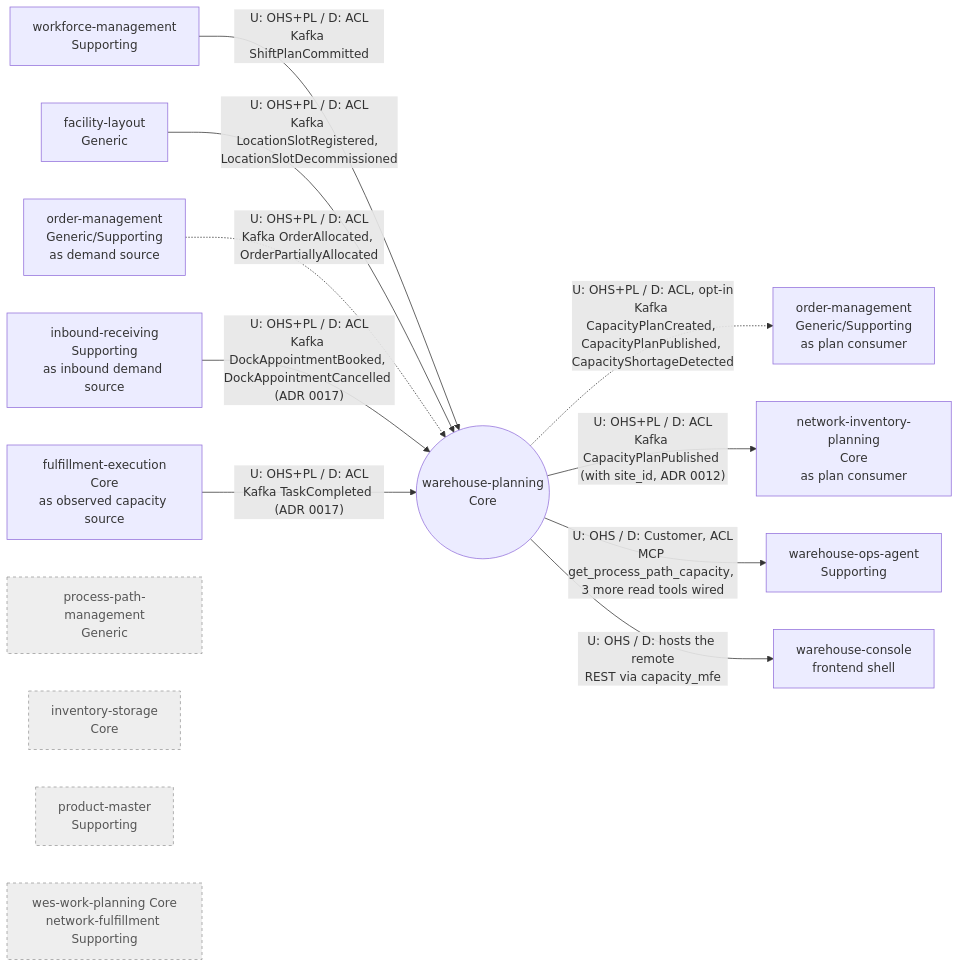
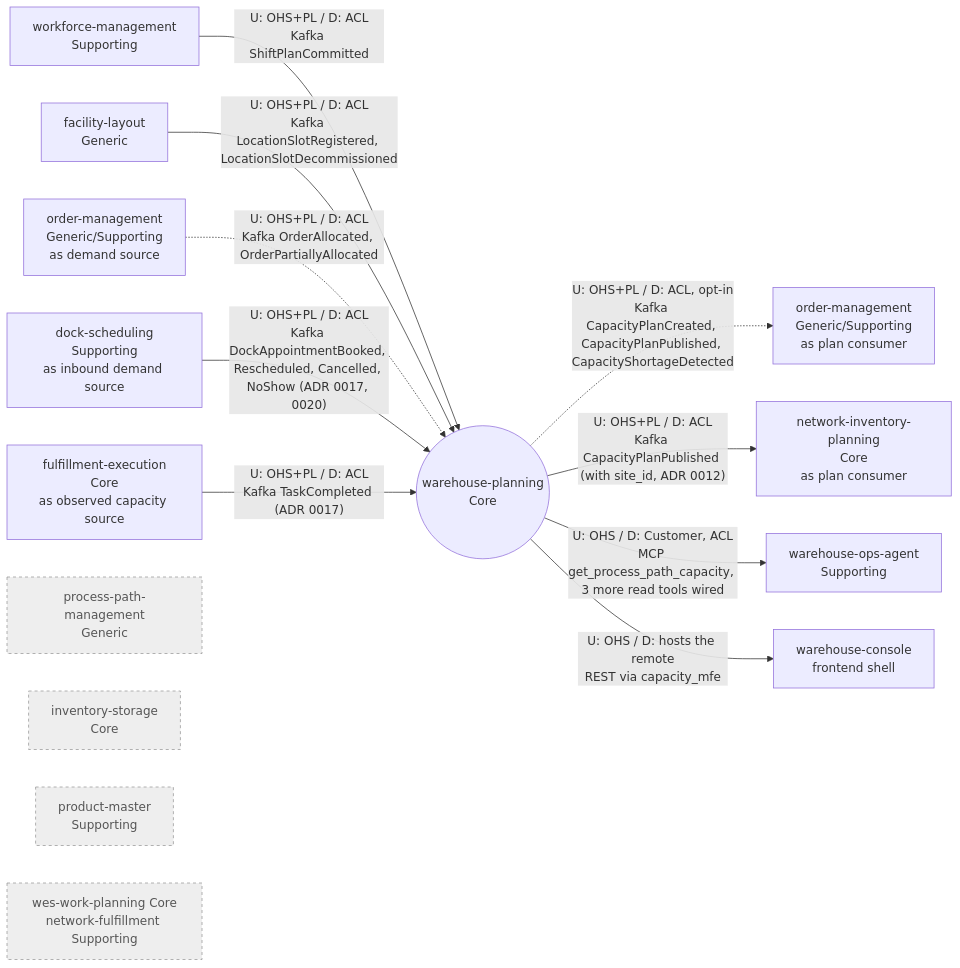
The diagram in docs/contexts/warehouse-planning/context-map.md (IQVO/warehouse-docs), drawn with Mermaid before and after one commit. The commit also changed other lines of this file and 42 other files, not shown here.

First line of the commit message:
docs: re-sync context pages after the yard wave; K28 now reads dock-scheduling

````diff
--- a/docs/contexts/warehouse-planning/context-map.md
+++ b/docs/contexts/warehouse-planning/context-map.md
@@ -20,35 +20,35 @@
 ```mermaid
 flowchart LR
   WP(("warehouse-planning<br/>Core"))
 
   WFM["workforce-management<br/>Supporting"]
   FL["facility-layout<br/>Generic"]
   OMU["order-management<br/>Generic/Supporting<br/>as demand source"]
   OMD["order-management<br/>Generic/Supporting<br/>as plan consumer"]
-  IRC["inbound-receiving<br/>Supporting<br/>as inbound demand source"]
+  DSC["dock-scheduling<br/>Supporting<br/>as inbound demand source"]
   FEX["fulfillment-execution<br/>Core<br/>as observed capacity source"]
   OPS["warehouse-ops-agent<br/>Supporting"]
   CON["warehouse-console<br/>frontend shell"]
   PPM["process-path-management<br/>Generic"]
   INV["inventory-storage<br/>Core"]
   PM["product-master<br/>Supporting"]
   NIP["network-inventory-planning<br/>Core<br/>as plan consumer"]
   LATER["wes-work-planning Core<br/>network-fulfillment Supporting"]
 
   WFM -- "U: OHS+PL / D: ACL<br/>Kafka ShiftPlanCommitted" --> WP
   FL -- "U: OHS+PL / D: ACL<br/>Kafka LocationSlotRegistered, LocationSlotDecommissioned" --> WP
   OMU -. "U: OHS+PL / D: ACL<br/>Kafka OrderAllocated, OrderPartiallyAllocated" .-> WP
-  IRC -- "U: OHS+PL / D: ACL<br/>Kafka DockAppointmentBooked, DockAppointmentCancelled (ADR 0017)" --> WP
+  DSC -- "U: OHS+PL / D: ACL<br/>Kafka DockAppointmentBooked, Rescheduled, Cancelled, NoShow (ADR 0017, 0020)" --> WP
   FEX -- "U: OHS+PL / D: ACL<br/>Kafka TaskCompleted (ADR 0017)" --> WP
   WP -. "U: OHS+PL / D: ACL, opt-in<br/>Kafka CapacityPlanCreated, CapacityPlanPublished, CapacityShortageDetected" .-> OMD
   WP -- "U: OHS+PL / D: ACL<br/>Kafka CapacityPlanPublished (with site_id, ADR 0012)" --> NIP
   WP -- "U: OHS / D: Customer, ACL<br/>MCP get_process_path_capacity, 3 more read tools wired" --> OPS
   WP -- "U: OHS / D: hosts the remote<br/>REST via capacity_mfe" --> CON
   PPM ~~~ WP
   INV ~~~ WP
   PM ~~~ WP
   LATER ~~~ WP
 
   classDef absent fill:#eeeeee,stroke:#999999,color:#555555,stroke-dasharray: 4 4
   class PPM,INV,PM,LATER absent
 ```
````
